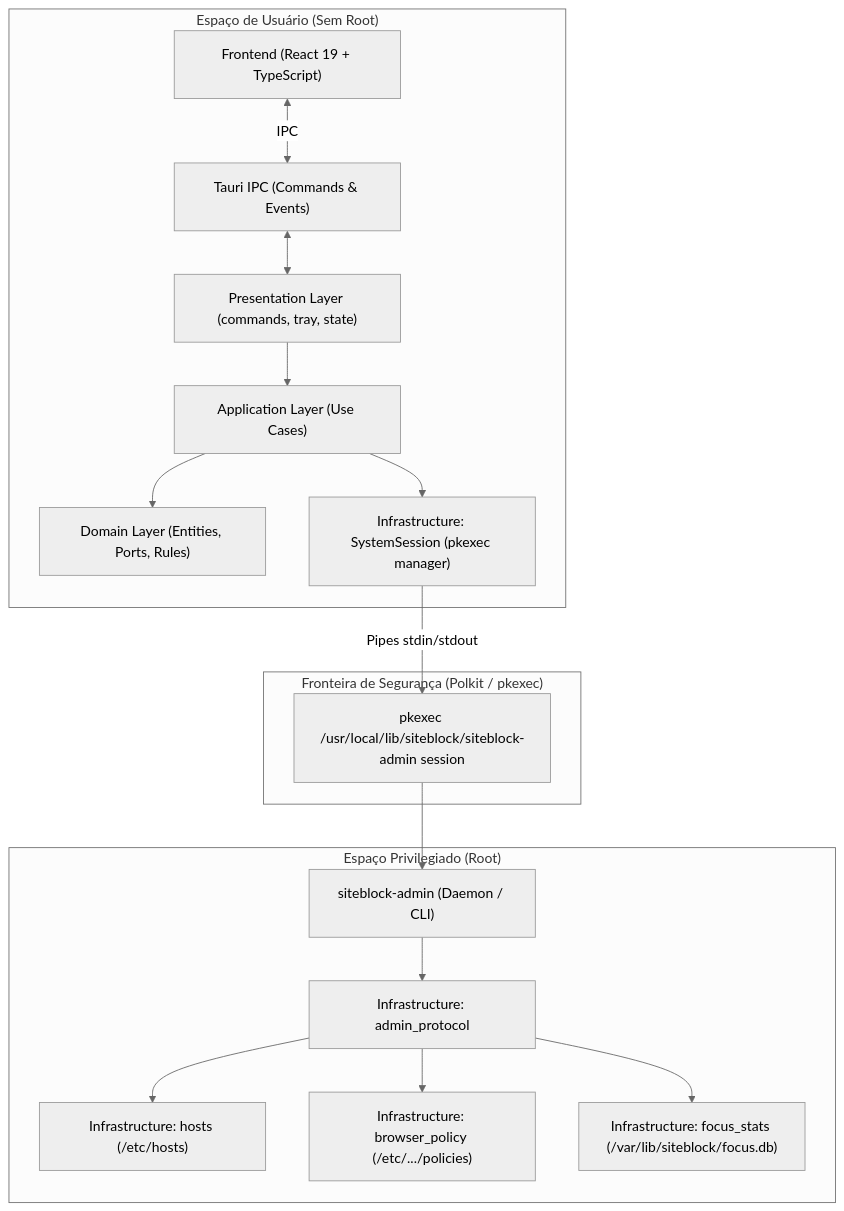
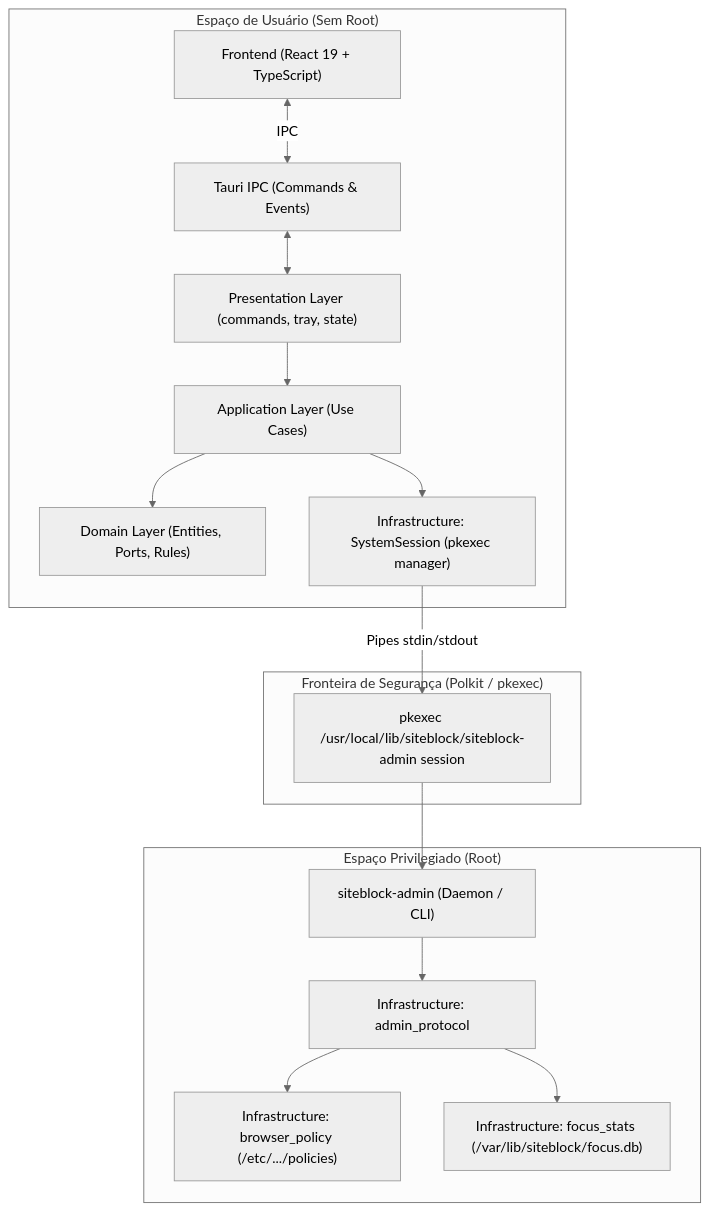
One commit to luis-henrique-carvalho/siteblock changed the first of 2 diagrams in ARCHITECTURE.md. Above: the diagram before and after it, drawn with Mermaid (neutral theme). The commit also changed other lines of this file and 14 other files, not shown here.

````diff
--- a/ARCHITECTURE.md
+++ b/ARCHITECTURE.md
@@ -15,35 +15,33 @@
 ```mermaid
 graph TD
     subgraph "Espaço de Usuário (Sem Root)"
         UI["Frontend (React 19 + TypeScript)"]
         IPC["Tauri IPC (Commands & Events)"]
         Presentation["Presentation Layer (commands, tray, state)"]
         AppLayer["Application Layer (Use Cases)"]
         DomainLayer["Domain Layer (Entities, Ports, Rules)"]
         SystemSession["Infrastructure: SystemSession (pkexec manager)"]
     end
 
     subgraph "Fronteira de Segurança (Polkit / pkexec)"
         PKExec["pkexec /usr/local/lib/siteblock/siteblock-admin session"]
     end
 
     subgraph "Espaço Privilegiado (Root)"
         AdminBin["siteblock-admin (Daemon / CLI)"]
         AdminProtocol["Infrastructure: admin_protocol"]
-        HostsAdapter["Infrastructure: hosts (/etc/hosts)"]
         BrowserPolicyAdapter["Infrastructure: browser_policy (/etc/.../policies)"]
         FocusDB["Infrastructure: focus_stats (/var/lib/siteblock/focus.db)"]
     end
 
     UI <-->|IPC| IPC
     IPC <--> Presentation
     Presentation --> AppLayer
     AppLayer --> DomainLayer
     AppLayer --> SystemSession
     SystemSession -->|Pipes stdin/stdout| PKExec
     PKExec --> AdminBin
     AdminBin --> AdminProtocol
-    AdminProtocol --> HostsAdapter
     AdminProtocol --> BrowserPolicyAdapter
     AdminProtocol --> FocusDB
 ```
````
